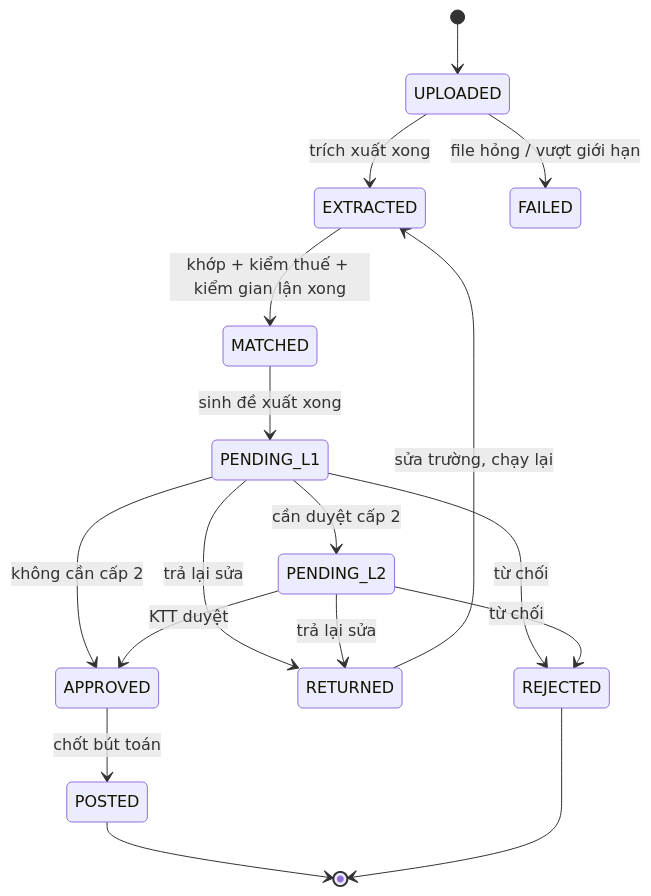
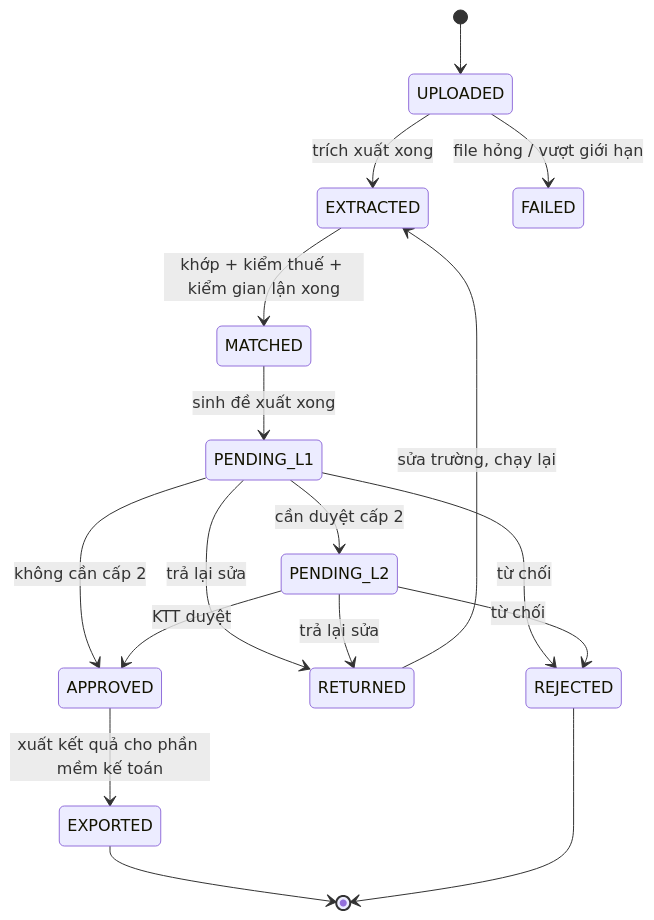
The diagram in docs/PRD.md (kamitoznguyen-collab/Fantastic4-BuildPhase), drawn with Mermaid before and after one commit. The commit also changed other lines of this file and 7 other files, not shown here.

````diff
--- a/docs/PRD.md
+++ b/docs/PRD.md
@@ -391,19 +385,19 @@
 ```mermaid
 stateDiagram-v2
     [*] --> UPLOADED
     UPLOADED --> EXTRACTED: trích xuất xong
     UPLOADED --> FAILED: file hỏng / vượt giới hạn
     EXTRACTED --> MATCHED: khớp + kiểm thuế + kiểm gian lận xong
     MATCHED --> PENDING_L1: sinh đề xuất xong
     PENDING_L1 --> PENDING_L2: cần duyệt cấp 2
     PENDING_L1 --> APPROVED: không cần cấp 2
     PENDING_L1 --> RETURNED: trả lại sửa
     PENDING_L1 --> REJECTED: từ chối
     PENDING_L2 --> APPROVED: KTT duyệt
     PENDING_L2 --> RETURNED: trả lại sửa
     PENDING_L2 --> REJECTED: từ chối
     RETURNED --> EXTRACTED: sửa trường, chạy lại
-    APPROVED --> POSTED: chốt bút toán
-    POSTED --> [*]
+    APPROVED --> EXPORTED: xuất kết quả cho phần mềm kế toán
+    EXPORTED --> [*]
     REJECTED --> [*]
 ```
````
